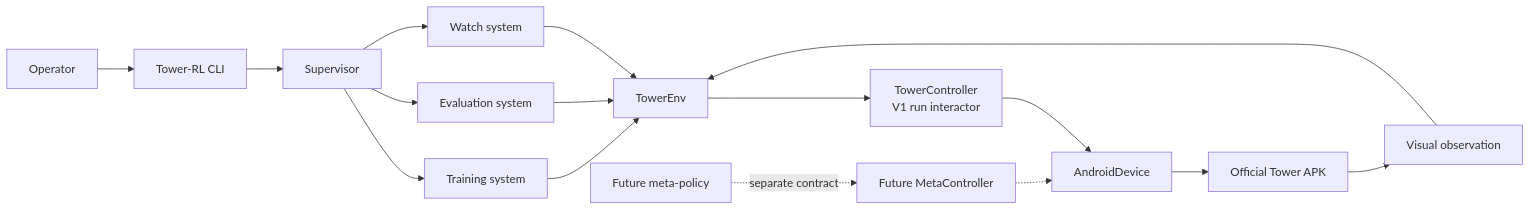
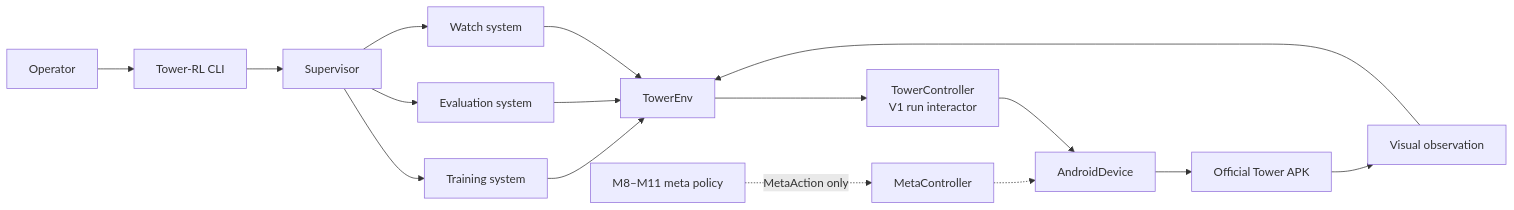
One commit to Furkan-rgb/tower-rl changed the first of 5 diagrams in docs/architecture.md. Above: the diagram before and after it, drawn with Mermaid. The commit also changed other lines of this file and 26 other files, not shown here.

````diff
--- a/docs/architecture.md
+++ b/docs/architecture.md
@@ -90,20 +103,20 @@
 ```mermaid
 flowchart LR
     Operator["Operator"] --> CLI["Tower-RL CLI"]
     CLI --> Supervisor["Supervisor"]
     Supervisor --> Training["Training system"]
     Supervisor --> Evaluation["Evaluation system"]
     Supervisor --> Watch["Watch system"]
 
     Training --> Env["TowerEnv"]
     Evaluation --> Env
     Watch --> Env
     Env --> Controller["TowerController\nV1 run interactor"]
     Controller --> Device["AndroidDevice"]
     Device --> Game["Official Tower APK"]
     Game --> Vision["Visual observation"]
     Vision --> Env
 
-    Meta["Future meta-policy"] -. "separate contract" .-> MetaController["Future MetaController"]
+    Meta["M8–M11 meta policy"] -. "MetaAction only" .-> MetaController["MetaController"]
     MetaController -.-> Device
 ```
````
